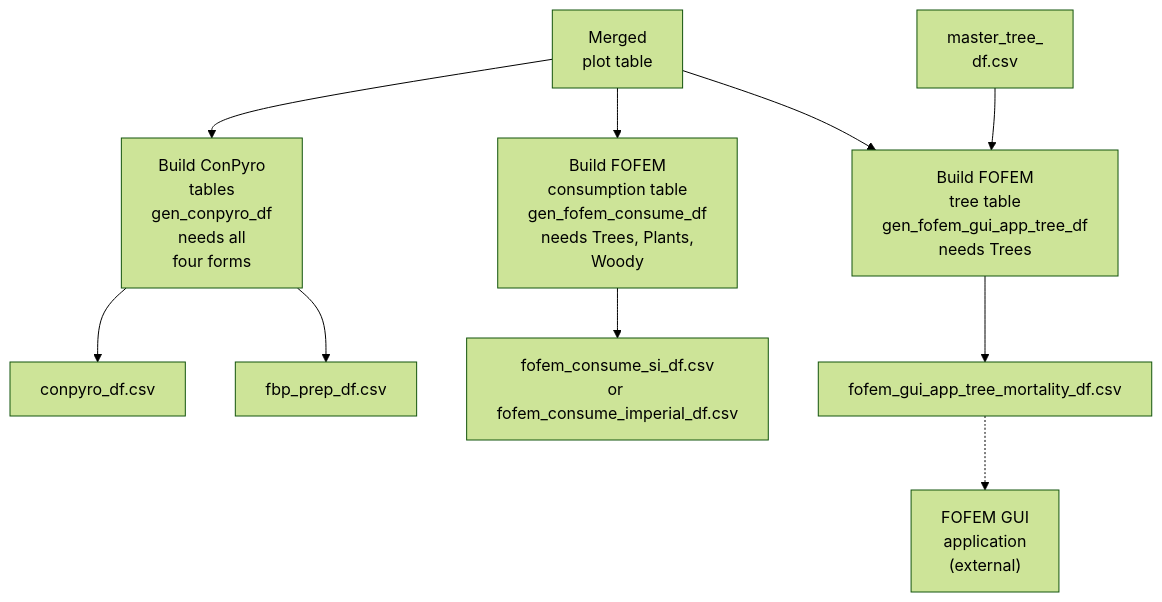
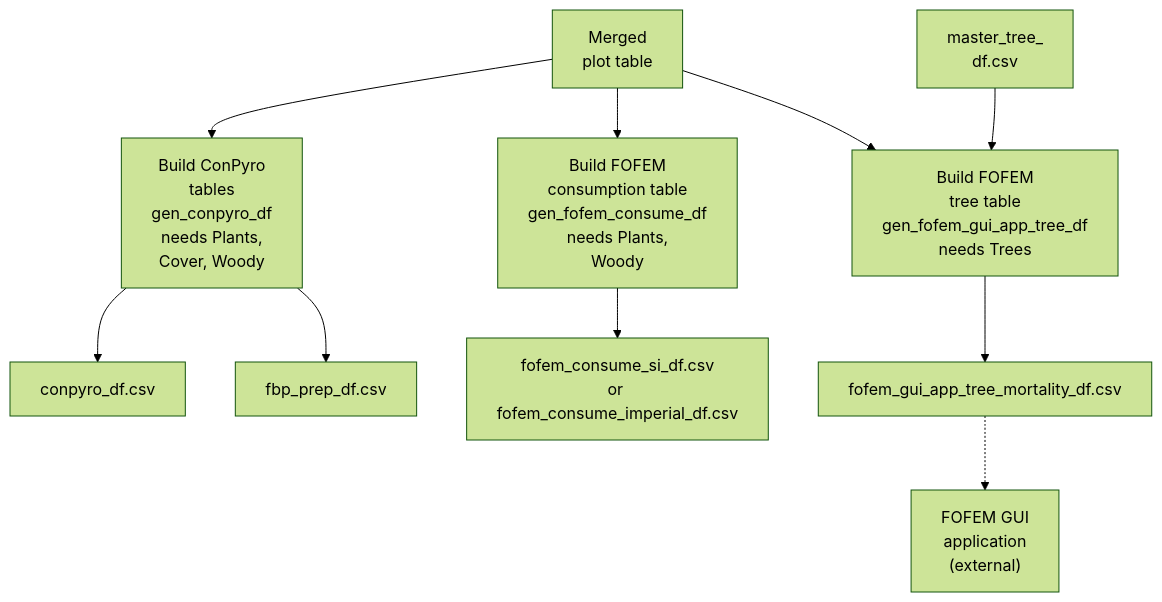
The second of 4 diagrams in docs/CODEBASE.md (gagreene/FuelAnalyst), drawn with Mermaid (forest theme) before and after one commit. The commit also changed other lines of this file and 75 other files, not shown here.

````diff
--- a/docs/CODEBASE.md
+++ b/docs/CODEBASE.md
@@ -370,17 +397,17 @@
 ```mermaid
 flowchart TD
     mergedPlot["Merged<br/>plot table"]
     masterTree["master_tree_<br/>df.csv"]
 
-    mergedPlot --> buildCp["Build ConPyro<br/>tables<br/>gen_conpyro_df<br/>needs all<br/>four forms"]
+    mergedPlot --> buildCp["Build ConPyro<br/>tables<br/>gen_conpyro_df<br/>needs Plants,<br/>Cover, Woody"]
     buildCp --> conpyroOut["conpyro_df.csv"]
     buildCp --> fbpOut["fbp_prep_df.csv"]
 
-    mergedPlot --> buildFc["Build FOFEM<br/>consumption table<br/>gen_fofem_consume_df<br/>needs Trees, Plants,<br/>Woody"]
+    mergedPlot --> buildFc["Build FOFEM<br/>consumption table<br/>gen_fofem_consume_df<br/>needs Plants,<br/>Woody"]
     buildFc --> consumeOut["fofem_consume_si_df.csv<br/>or fofem_consume_imperial_df.csv"]
 
     mergedPlot --> buildFt["Build FOFEM<br/>tree table<br/>gen_fofem_gui_app_tree_df<br/>needs Trees"]
     masterTree --> buildFt
     buildFt --> ftOut["fofem_gui_app_tree_mortality_df.csv"]
     ftOut -.-> guiApp["FOFEM GUI<br/>application<br/>(external)"]
 ```
````
